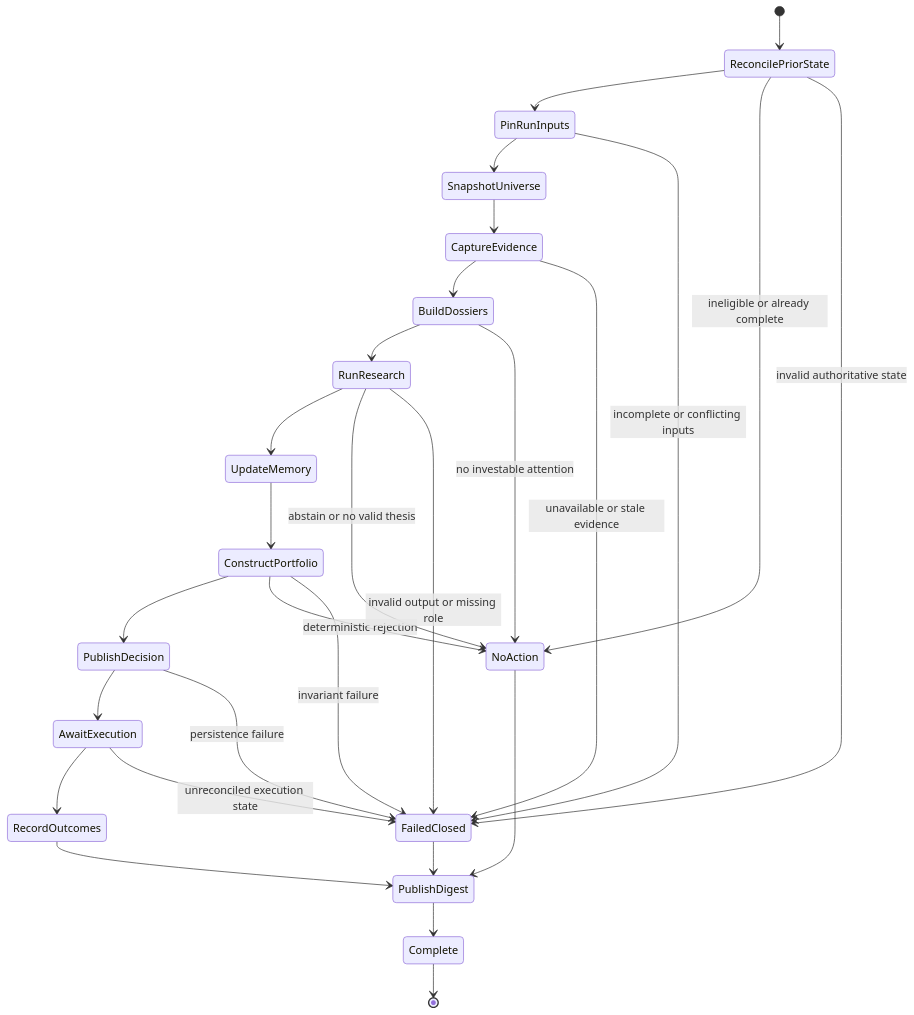
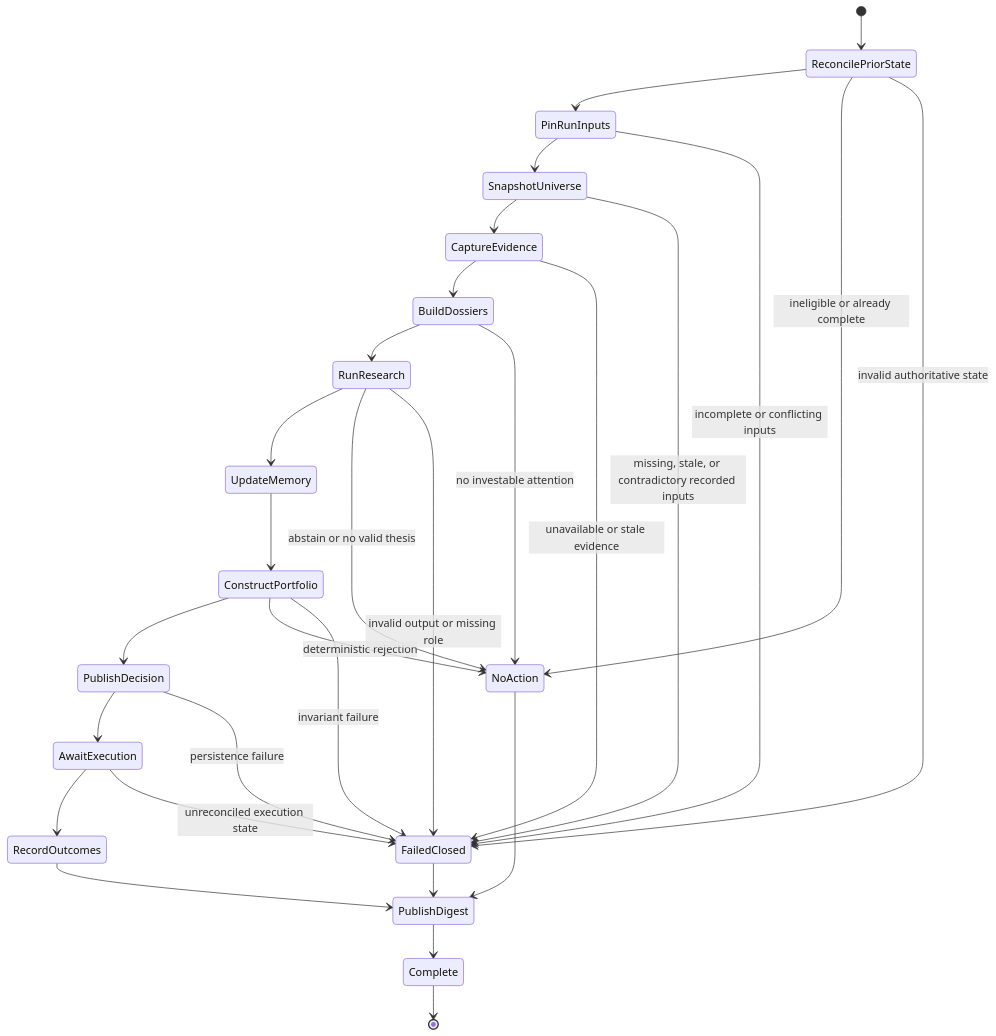
Before and after one commit to investlink-ai/agentic_investment_os: the second of 3 diagrams in docs/architecture.md, drawn with Mermaid. The commit also changed other lines of this file and 31 other files, not shown here.

Commit message:
feat(lifecycle): snapshot eligible universe before evidence

````diff
--- a/docs/architecture.md
+++ b/docs/architecture.md
@@ -281,32 +289,33 @@
 ```mermaid
 stateDiagram-v2
     [*] --> ReconcilePriorState
     ReconcilePriorState --> PinRunInputs
     PinRunInputs --> SnapshotUniverse
     SnapshotUniverse --> CaptureEvidence
     CaptureEvidence --> BuildDossiers
     BuildDossiers --> RunResearch
     RunResearch --> UpdateMemory
     UpdateMemory --> ConstructPortfolio
     ConstructPortfolio --> PublishDecision
     PublishDecision --> AwaitExecution
     AwaitExecution --> RecordOutcomes
     RecordOutcomes --> PublishDigest
     PublishDigest --> Complete
     Complete --> [*]
 
     ReconcilePriorState --> NoAction: ineligible or already complete
     BuildDossiers --> NoAction: no investable attention
     RunResearch --> NoAction: abstain or no valid thesis
     ConstructPortfolio --> NoAction: deterministic rejection
     NoAction --> PublishDigest
 
     ReconcilePriorState --> FailedClosed: invalid authoritative state
     PinRunInputs --> FailedClosed: incomplete or conflicting inputs
+    SnapshotUniverse --> FailedClosed: missing, stale, or contradictory recorded inputs
     CaptureEvidence --> FailedClosed: unavailable or stale evidence
     RunResearch --> FailedClosed: invalid output or missing role
     ConstructPortfolio --> FailedClosed: invariant failure
     PublishDecision --> FailedClosed: persistence failure
     AwaitExecution --> FailedClosed: unreconciled execution state
     FailedClosed --> PublishDigest
 ```
````
